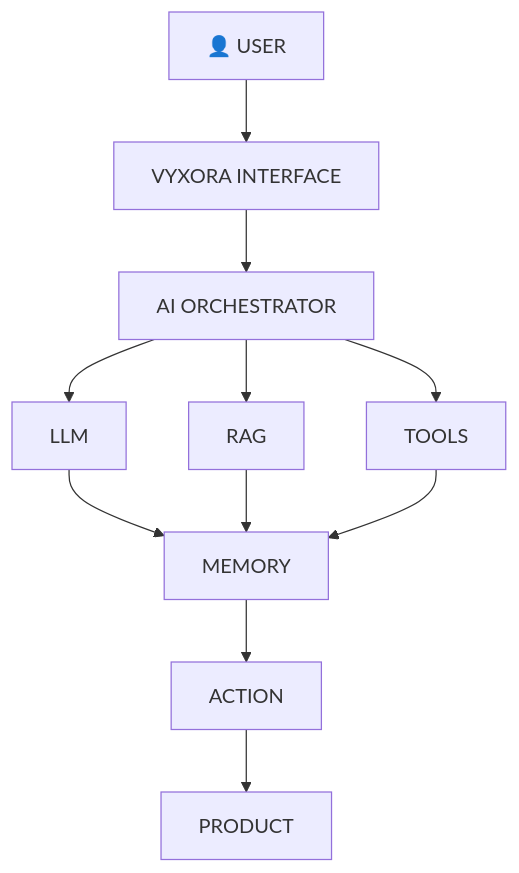
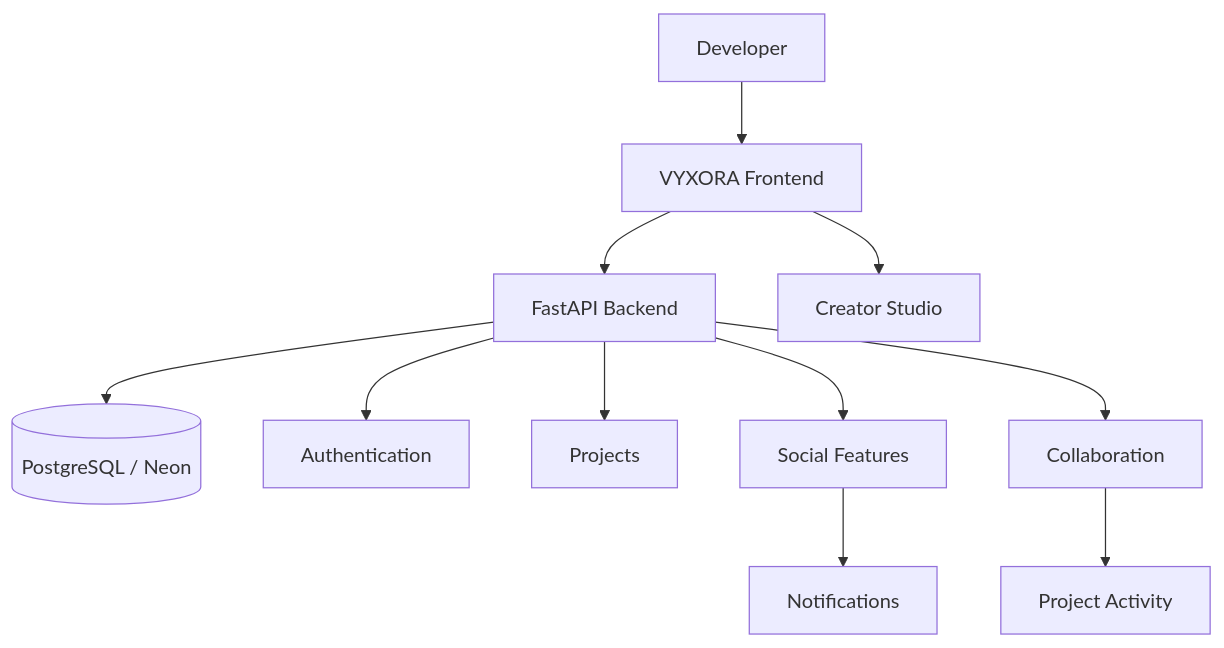
Before and after one commit to Krishgoyal31/Krishgoyal31: the third of 4 diagrams in README.md, drawn with Mermaid. The commit also changed other lines of this file, not shown here.

````diff
--- a/README.md
+++ b/README.md
@@ -225,11 +190,13 @@
 ```mermaid
 flowchart TD
-    U[👤 USER] --> I[VYXORA INTERFACE] --> O[AI ORCHESTRATOR]
-    O --> LLM[LLM]
-    O --> RAG[RAG]
-    O --> T[TOOLS]
-    LLM --> M[MEMORY]
-    RAG --> M
-    T --> M
-    M --> ACT[ACTION] --> P[PRODUCT]
+    U[Developer] --> FE[VYXORA Frontend]
+    FE --> API[FastAPI Backend]
+    API --> DB[(PostgreSQL / Neon)]
+    API --> AUTH[Authentication]
+    API --> PROJECTS[Projects]
+    API --> SOCIAL[Social Features]
+    API --> COLLAB[Collaboration]
+    SOCIAL --> NOTIFY[Notifications]
+    COLLAB --> ACTIVITY[Project Activity]
+    FE --> STUDIO[Creator Studio]
 ```
````
